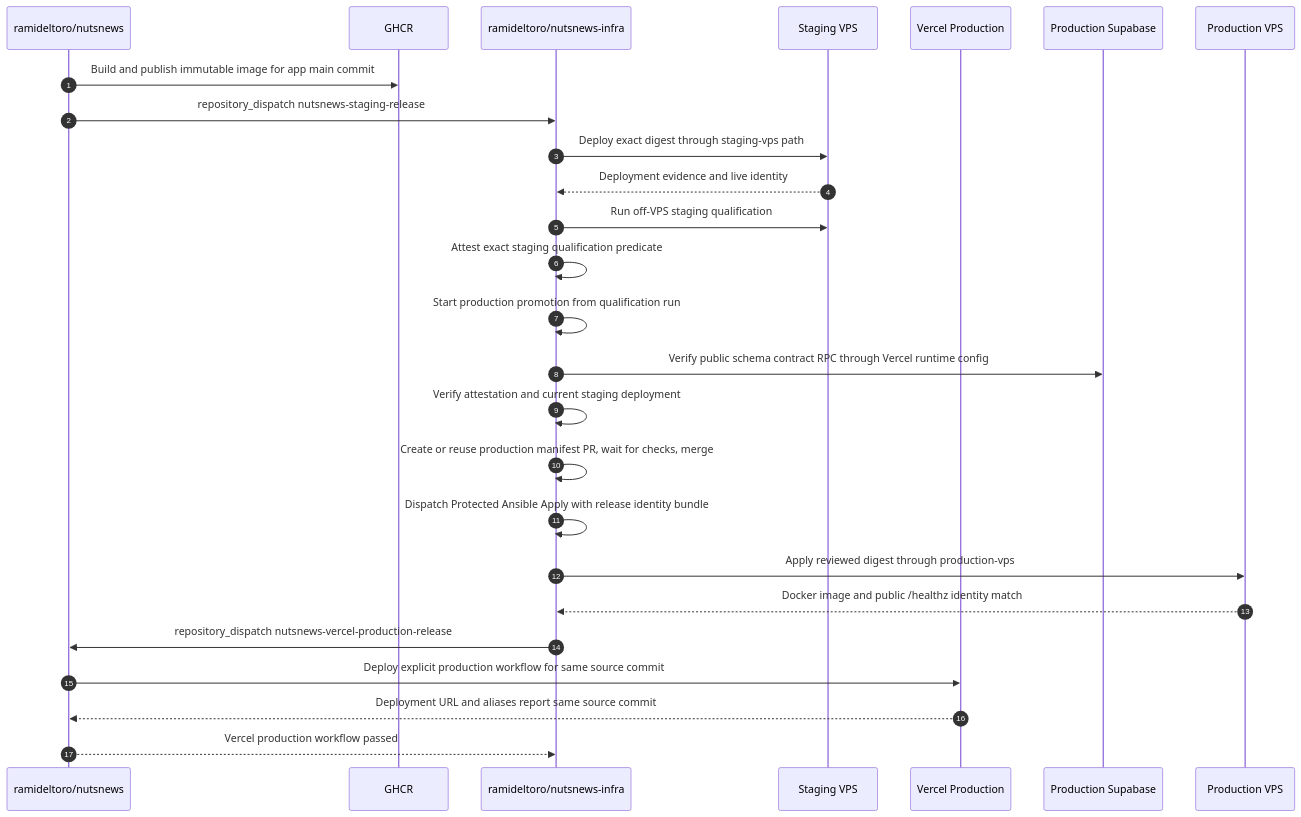
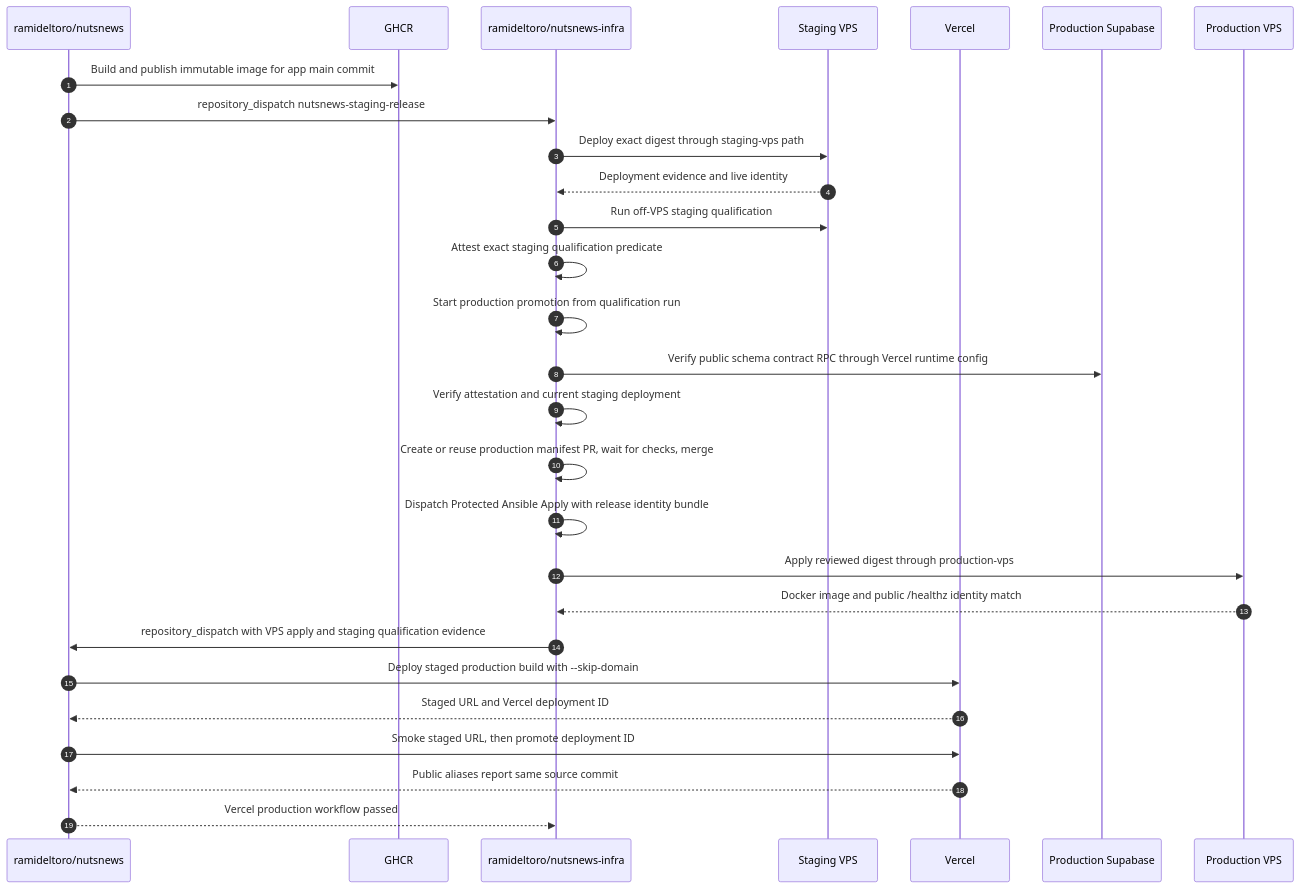
The second of 2 diagrams in NUTSNEWS_RELEASE_PIPELINE.md (ramideltoro/nutsnews-docs), drawn with Mermaid before and after one commit. The commit also changed other lines of this file and 2 other files, not shown here.

Commit message:
docs: document action pinning and staged Vercel promotion

````diff
--- a/NUTSNEWS_RELEASE_PIPELINE.md
+++ b/NUTSNEWS_RELEASE_PIPELINE.md
@@ -165,29 +178,31 @@
 ```mermaid
 sequenceDiagram
   autonumber
   participant App as ramideltoro/nutsnews
   participant GHCR as GHCR
   participant Infra as ramideltoro/nutsnews-infra
   participant Stage as Staging VPS
-  participant Vercel as Vercel Production
+  participant Vercel as Vercel
   participant Supabase as Production Supabase
   participant Prod as Production VPS
 
   App->>GHCR: Build and publish immutable image for app main commit
   App->>Infra: repository_dispatch nutsnews-staging-release
   Infra->>Stage: Deploy exact digest through staging-vps path
   Stage-->>Infra: Deployment evidence and live identity
   Infra->>Stage: Run off-VPS staging qualification
   Infra->>Infra: Attest exact staging qualification predicate
   Infra->>Infra: Start production promotion from qualification run
   Infra->>Supabase: Verify public schema contract RPC through Vercel runtime config
   Infra->>Infra: Verify attestation and current staging deployment
   Infra->>Infra: Create or reuse production manifest PR, wait for checks, merge
   Infra->>Infra: Dispatch Protected Ansible Apply with release identity bundle
   Infra->>Prod: Apply reviewed digest through production-vps
   Prod-->>Infra: Docker image and public /healthz identity match
-  Infra->>App: repository_dispatch nutsnews-vercel-production-release
-  App->>Vercel: Deploy explicit production workflow for same source commit
-  Vercel-->>App: Deployment URL and aliases report same source commit
+  Infra->>App: repository_dispatch with VPS apply and staging qualification evidence
+  App->>Vercel: Deploy staged production build with --skip-domain
+  Vercel-->>App: Staged URL and Vercel deployment ID
+  App->>Vercel: Smoke staged URL, then promote deployment ID
+  Vercel-->>App: Public aliases report same source commit
   App-->>Infra: Vercel production workflow passed
 ```
````
